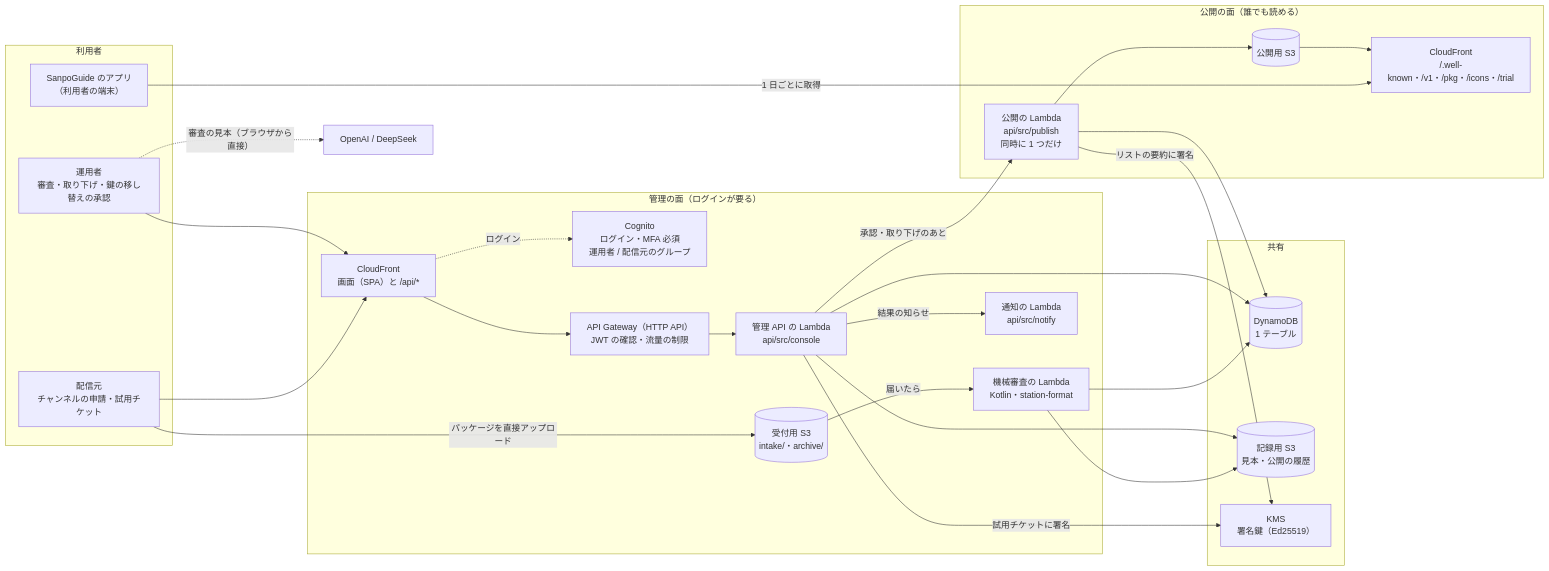
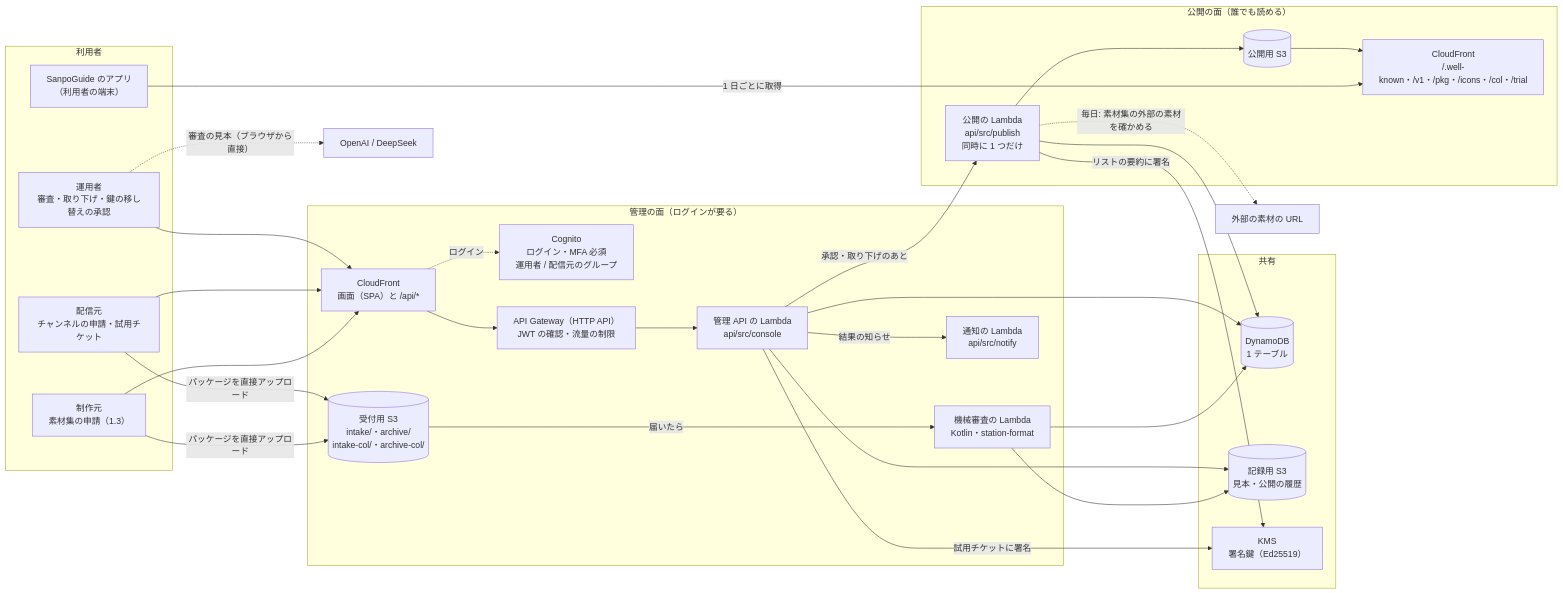
Before and after one commit to duwenji/michizure-console: the first of 7 diagrams in docs/architecture.md, drawn with Mermaid. The commit also changed other lines of this file and 12 other files, not shown here.

````diff
--- a/docs/architecture.md
+++ b/docs/architecture.md
@@ -17,47 +17,49 @@
 ```mermaid
 flowchart LR
   subgraph USERS["利用者"]
     OP["運用者<br/>審査・取り下げ・鍵の移し替えの承認"]
     PUB["配信元<br/>チャンネルの申請・試用チケット"]
+    PROD["制作元<br/>素材集の申請（1.3）"]
     APPUSER["SanpoGuide のアプリ<br/>（利用者の端末）"]
   end
 
   subgraph CONSOLE["管理の面（ログインが要る）"]
     CF1["CloudFront<br/>画面（SPA）と /api/*"]
     COG["Cognito<br/>ログイン・MFA 必須<br/>運用者 / 配信元のグループ"]
     APIGW["API Gateway（HTTP API）<br/>JWT の確認・流量の制限"]
     API["管理 API の Lambda<br/>api/src/console"]
-    INTAKE[("受付用 S3<br/>intake/・archive/")]
+    INTAKE[("受付用 S3<br/>intake/・archive/<br/>intake-col/・archive-col/")]
     MR["機械審査の Lambda<br/>Kotlin・station-format"]
     NOTIFY["通知の Lambda<br/>api/src/notify"]
   end
 
   subgraph CORE["共有"]
     DDB[("DynamoDB<br/>1 テーブル")]
     REC[("記録用 S3<br/>見本・公開の履歴")]
     KMS["KMS<br/>署名鍵（Ed25519）"]
   end
 
   subgraph PUBLIC["公開の面（誰でも読める）"]
     PUBFN["公開の Lambda<br/>api/src/publish<br/>同時に 1 つだけ"]
     PS3[("公開用 S3")]
-    CF2["CloudFront<br/>/.well-known・/v1・/pkg・/icons・/trial"]
+    CF2["CloudFront<br/>/.well-known・/v1・/pkg・/icons・/col・/trial"]
   end
 
-  OP & PUB --> CF1
+  OP & PUB & PROD --> CF1
   CF1 -.->|ログイン| COG
   CF1 --> APIGW --> API
-  PUB -->|パッケージを直接アップロード| INTAKE
+  PUB & PROD -->|パッケージを直接アップロード| INTAKE
   INTAKE -->|届いたら| MR
   API & MR --> DDB
   API --> REC
   MR --> REC
   API -->|承認・取り下げのあと| PUBFN
   API -->|試用チケットに署名| KMS
   API -->|結果の知らせ| NOTIFY
   PUBFN --> DDB
   PUBFN -->|リストの要約に署名| KMS
   PUBFN --> PS3 --> CF2
+  PUBFN -. 毎日: 素材集の外部の素材を確かめる .-> EXT["外部の素材の URL"]
   APPUSER -->|1 日ごとに取得| CF2
   OP -. 審査の見本（ブラウザから直接） .-> AI["OpenAI / DeepSeek"]
 ```
````
